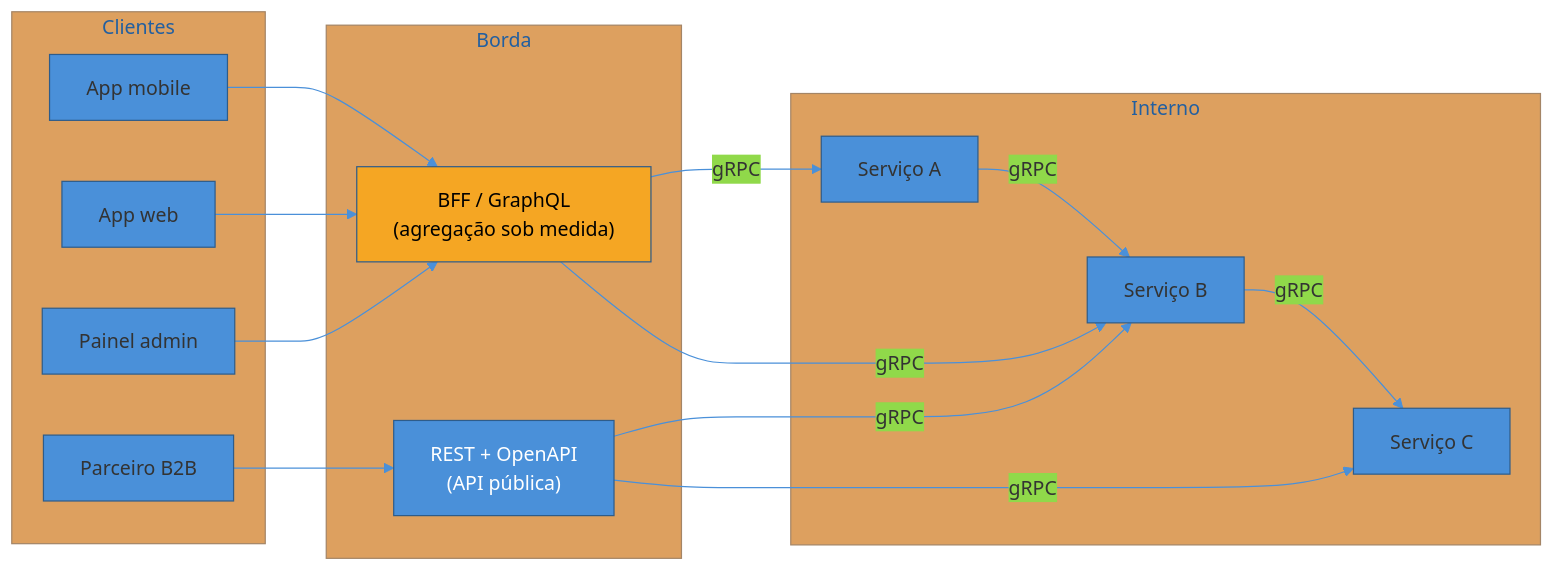
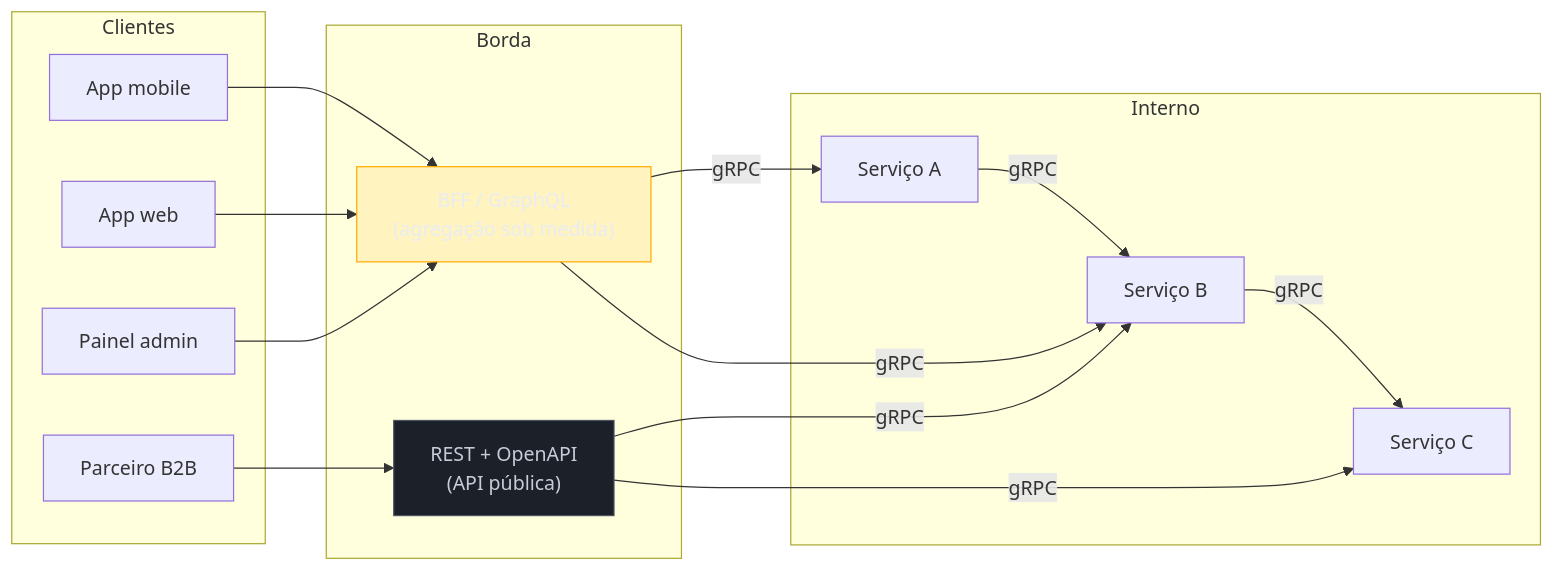
Before and after one commit to josenaldo/codex-technomanticus: the second of 3 diagrams in 03-Dominios/Engenharia/Comunicação entre Sistemas/2 - Comunicação síncrona/06 - REST vs GraphQL vs gRPC — decisão.md, drawn with Mermaid. The commit also changed other lines of this file and 1181 other files, not shown here.

First line of the commit message:
fix(diagramas): paleta do sistema no lugar de cor cravada no markdown

````diff
--- a/03-Dominios/Engenharia/Comunicação entre Sistemas/2 - Comunicação síncrona/06 - REST vs GraphQL vs gRPC — decisão.md
+++ b/03-Dominios/Engenharia/Comunicação entre Sistemas/2 - Comunicação síncrona/06 - REST vs GraphQL vs gRPC — decisão.md
@@ -105,36 +106,37 @@
 ```mermaid
-%%{init: {"theme": "base", "themeVariables": {"primaryColor": "#4A90D9", "primaryBorderColor": "#2E5C8A", "lineColor": "#4A90D9"}}}%%
 graph LR
+    classDef destaque fill:#FFAA0024,stroke:#FFAA00,color:#E9ECF2
+    classDef neutro fill:#1B2029,stroke:#4E5666,color:#C6CCD8
     subgraph Clientes
         Mobile["App mobile"]
         Web["App web"]
         Admin["Painel admin"]
         Parceiro["Parceiro B2B"]
     end
 
     subgraph Borda
         GQL["BFF / GraphQL<br/>(agregação sob medida)"]
         REST_pub["REST + OpenAPI<br/>(API pública)"]
     end
 
     subgraph Interno
         S1["Serviço A"]
         S2["Serviço B"]
         S3["Serviço C"]
     end
 
     Mobile --> GQL
     Web --> GQL
     Admin --> GQL
     Parceiro --> REST_pub
 
     GQL -->|"gRPC"| S1
     GQL -->|"gRPC"| S2
     REST_pub -->|"gRPC"| S2
     REST_pub -->|"gRPC"| S3
     S1 -->|"gRPC"| S2
     S2 -->|"gRPC"| S3
 
-    style GQL fill:#F5A623,color:#000
-    style REST_pub fill:#4A90D9,color:#fff
+    class GQL destaque
+    class REST_pub neutro
 ```
````
